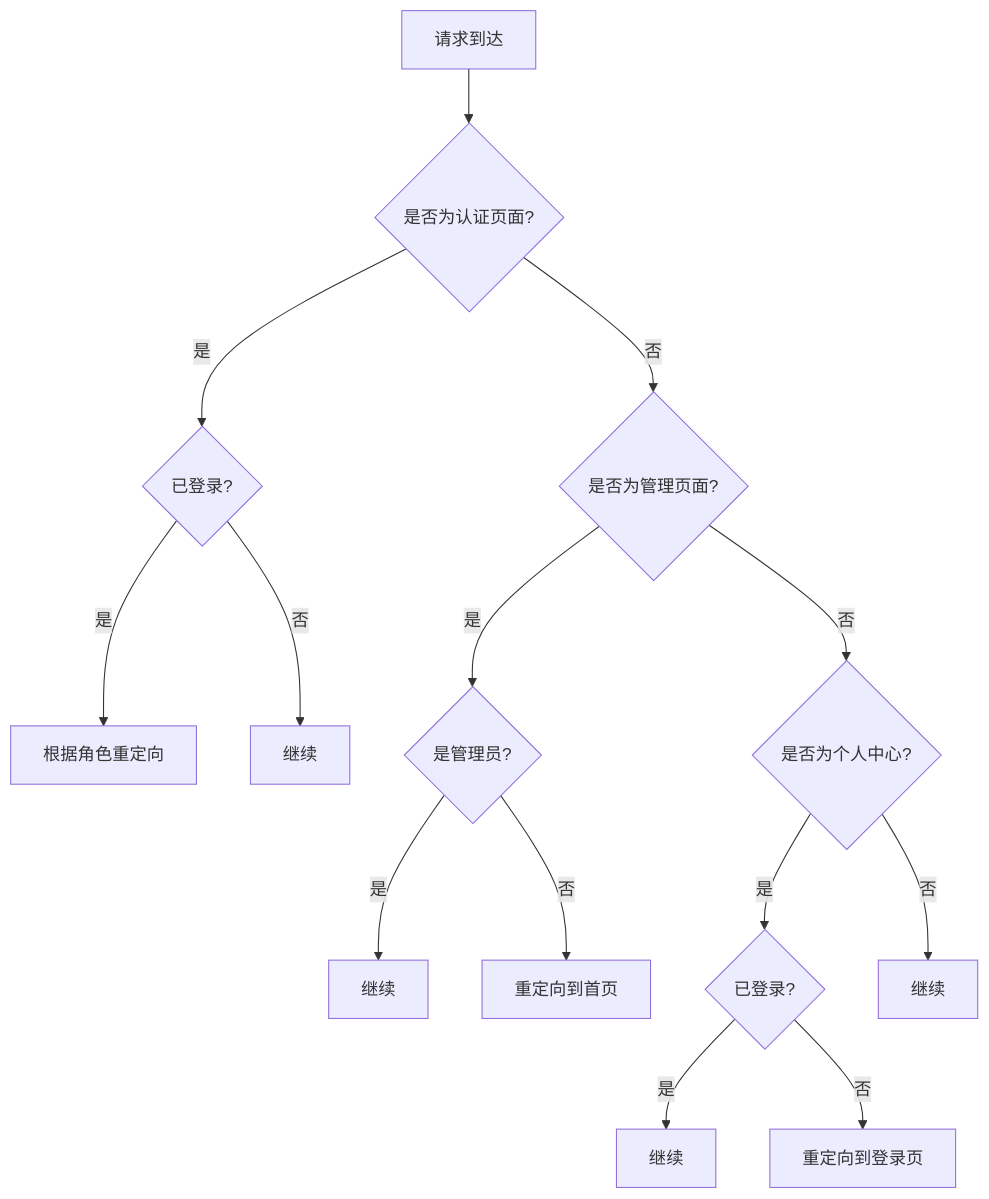
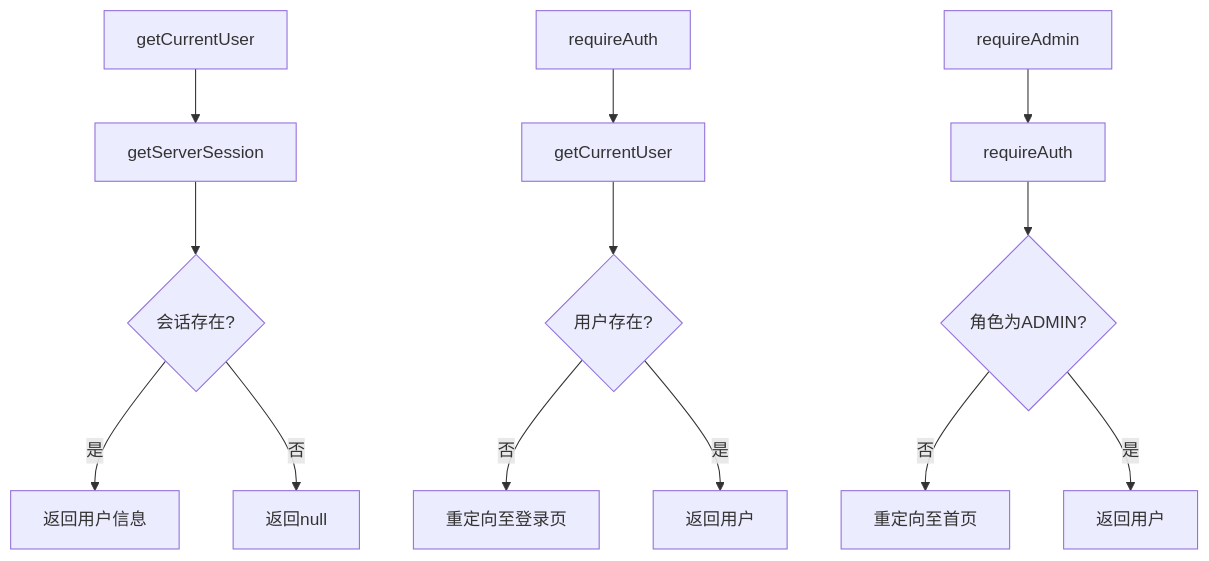
Before and after one commit to Eyre921/yunqi: the fifth of 6 diagrams in .qoder/repowiki/zh/content/后端架构/认证系统/会话管理.md, drawn with Mermaid. The commit also changed other lines of this file and 24 other files, not shown here.

````diff
--- a/.qoder/repowiki/zh/content/后端架构/认证系统/会话管理.md
+++ b/.qoder/repowiki/zh/content/后端架构/认证系统/会话管理.md
@@ -126,16 +164,15 @@
 ```mermaid
 flowchart TD
-A[请求到达] --> B{是否为认证页面?}
-B --> |是| C{已登录?}
-C --> |是| D[根据角色重定向]
-C --> |否| E[继续]
-B --> |否| F{是否为管理页面?}
-F --> |是| G{是管理员?}
-G --> |是| H[继续]
-G --> |否| I[重定向到首页]
-F --> |否| J{是否为个人中心?}
-J --> |是| K{已登录?}
-K --> |是| L[继续]
-K --> |否| M[重定向到登录页]
-J --> |否| N[继续]
+A[getCurrentUser] --> B[getServerSession]
+B --> C{会话存在?}
+C --> |是| D[返回用户信息]
+C --> |否| E[返回null]
+F[requireAuth] --> G[getCurrentUser]
+G --> H{用户存在?}
+H --> |否| I[重定向至登录页]
+H --> |是| J[返回用户]
+K[requireAdmin] --> L[requireAuth]
+L --> M{角色为ADMIN?}
+M --> |否| N[重定向至首页]
+M --> |是| O[返回用户]
 ```
````
